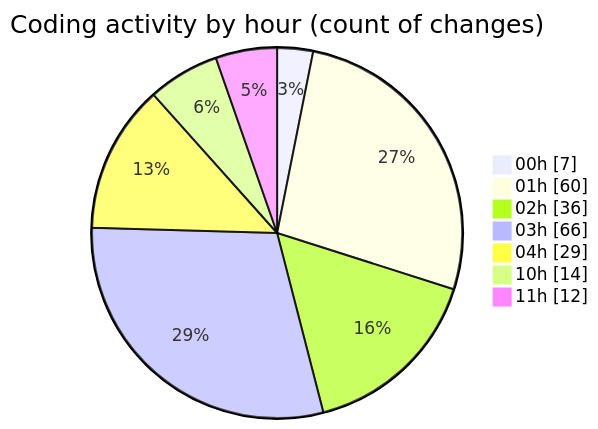
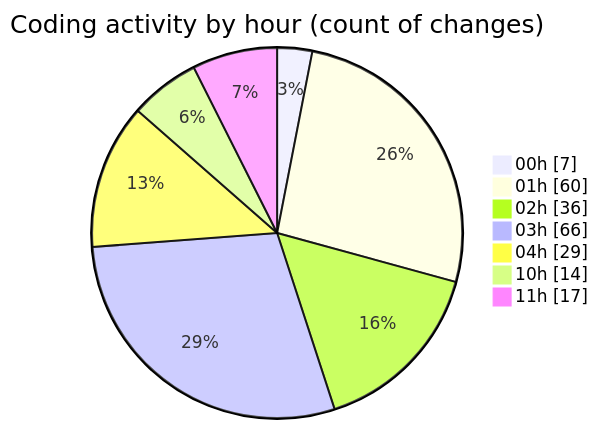
One commit to julien-gomy/code-tracking changed the second of 2 diagrams in 2025-10-07/eventscop-frontend-guide__workspace_/README.md. Above: the diagram before and after it, drawn with Mermaid. The commit also changed other lines of this file and 1 other file, not shown here.

````diff
--- a/2025-10-07/eventscop-frontend-guide__workspace_/README.md
+++ b/2025-10-07/eventscop-frontend-guide__workspace_/README.md
@@ -102,11 +103,11 @@
 ```mermaid
 pie showData
 title Coding activity by hour (count of changes)
 "00h" : 7
 "01h" : 60
 "02h" : 36
 "03h" : 66
 "04h" : 29
 "10h" : 14
-"11h" : 12
+"11h" : 17
 ```
````
